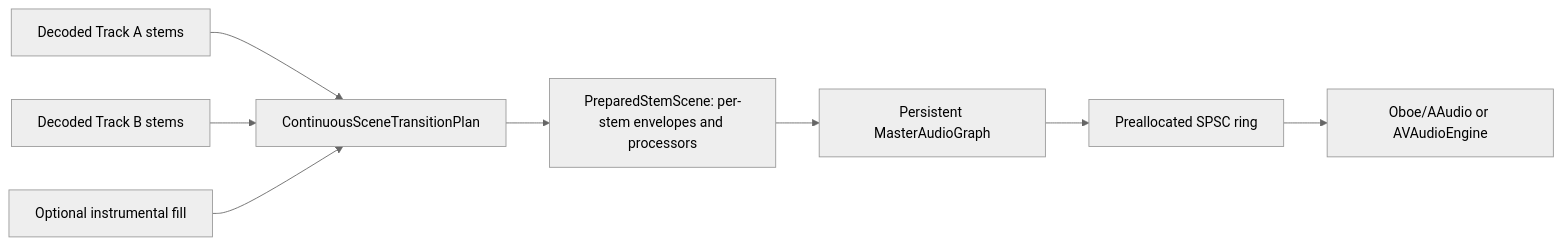
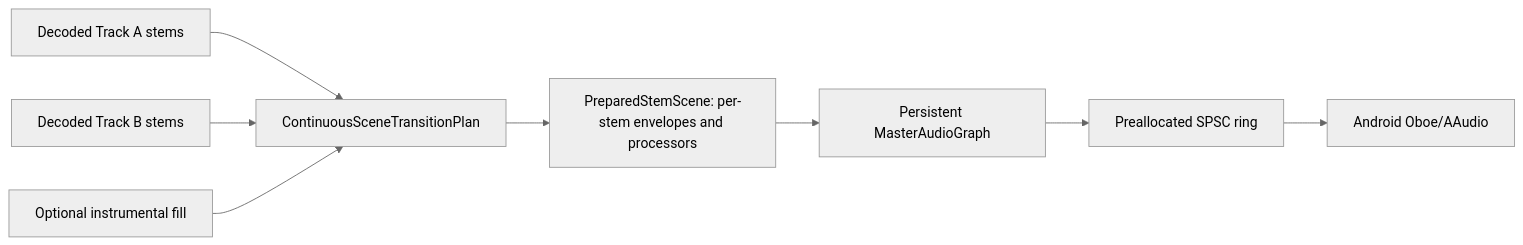
Before and after one commit to shredELIline/autoremix: the first of 2 diagrams in README.md, drawn with Mermaid (neutral theme). The commit also changed other lines of this file and 6 other files, not shown here.

````diff
--- a/README.md
+++ b/README.md
@@ -63,10 +64,10 @@
 ```mermaid
 flowchart LR
   A["Decoded Track A stems"] --> Plan["ContinuousSceneTransitionPlan"]
   B["Decoded Track B stems"] --> Plan
   G["Optional instrumental fill"] --> Plan
   Plan --> Prepared["PreparedStemScene: per-stem envelopes and processors"]
   Prepared --> Master["Persistent MasterAudioGraph"]
   Master --> Ring["Preallocated SPSC ring"]
-  Ring --> Device["Oboe/AAudio or AVAudioEngine"]
+  Ring --> Device["Android Oboe/AAudio"]
 ```
````
